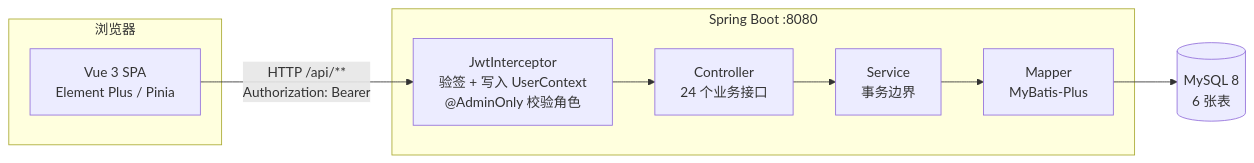
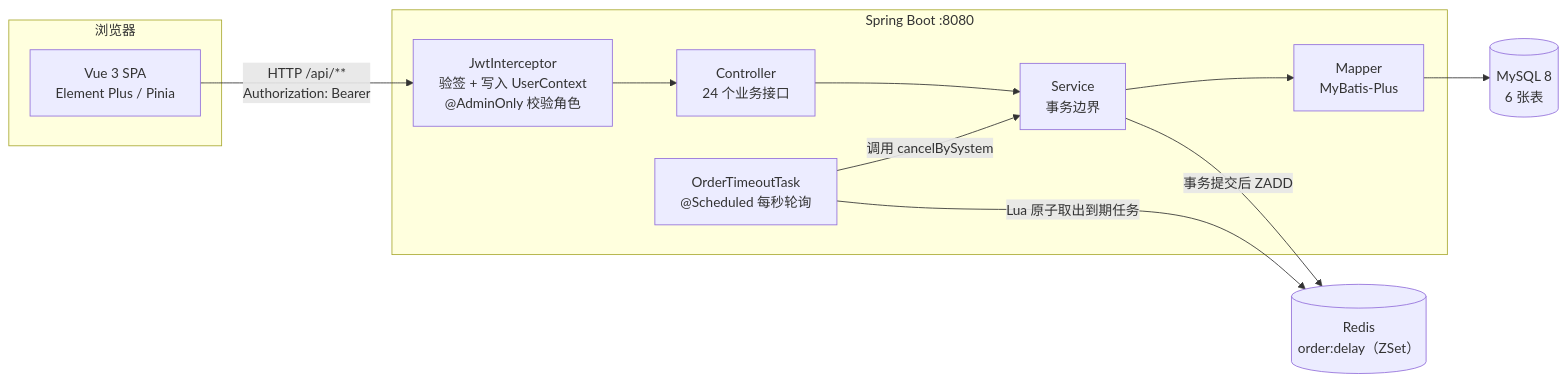
One commit to Vjj-Cloud/jianxuan-mall changed the diagram in README.md. Above: the diagram before and after it, drawn with Mermaid. The commit also changed other lines of this file and 8 other files, not shown here.

First line of the commit message:
feat: 订单超时未支付自动取消（Redis ZSet 延迟队列）

````diff
--- a/README.md
+++ b/README.md
@@ -49,18 +50,23 @@
 ```mermaid
 flowchart LR
     subgraph client["浏览器"]
         V["Vue 3 SPA<br/>Element Plus / Pinia"]
     end
 
     subgraph server["Spring Boot :8080"]
         I["JwtInterceptor<br/>验签 + 写入 UserContext<br/>@AdminOnly 校验角色"]
         C["Controller<br/>24 个业务接口"]
         S["Service<br/>事务边界"]
         M["Mapper<br/>MyBatis-Plus"]
+        T["OrderTimeoutTask<br/>@Scheduled 每秒轮询"]
     end
 
     DB[("MySQL 8<br/>6 张表")]
+    R[("Redis<br/>order:delay（ZSet）")]
 
     V -->|"HTTP /api/**<br/>Authorization: Bearer"| I
     I --> C --> S --> M --> DB
+    S -->|"事务提交后 ZADD"| R
+    T -->|"Lua 原子取出到期任务"| R
+    T -->|"调用 cancelBySystem"| S
 ```
````
